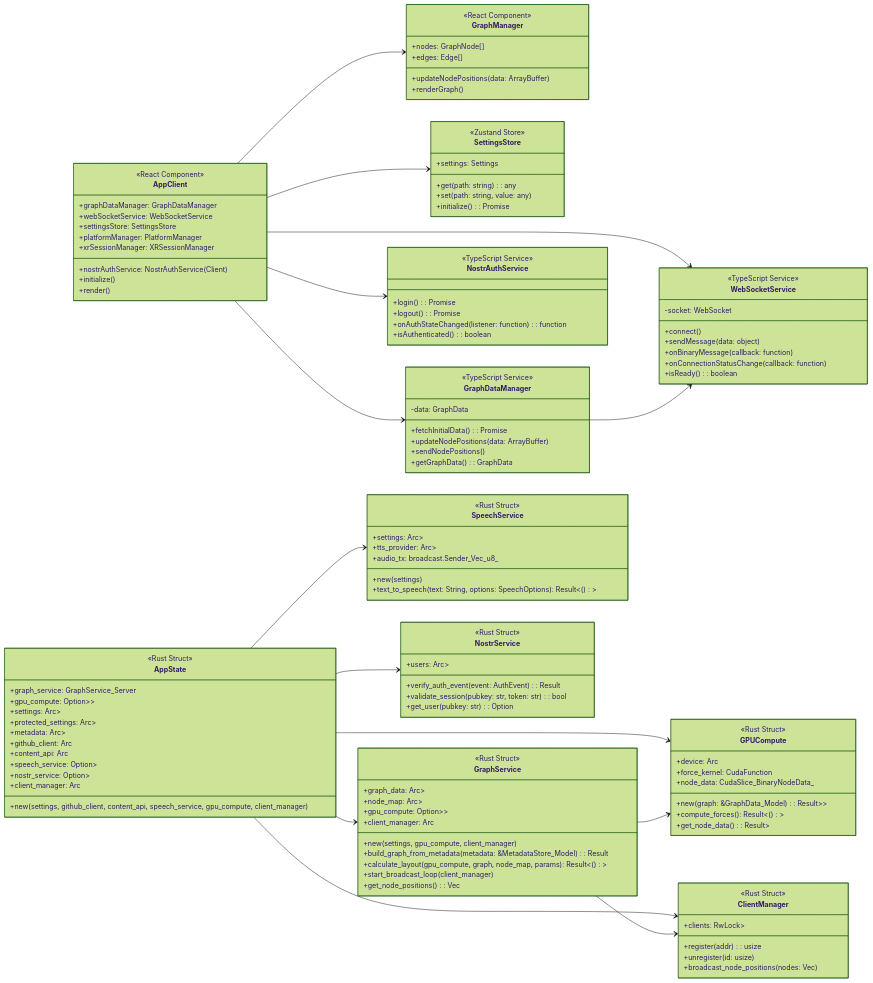
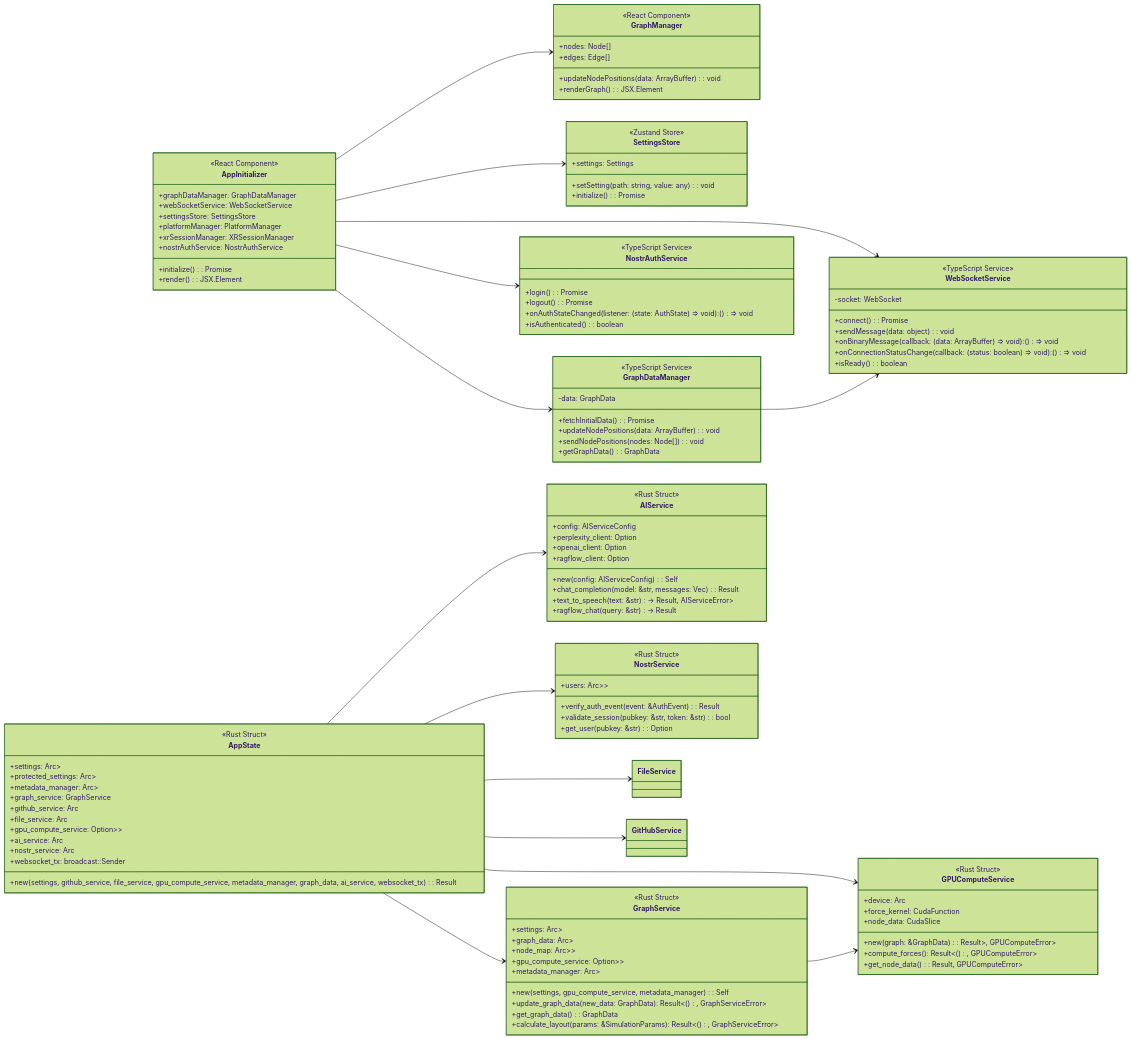
One commit to DreamLab-AI/VisionFlow changed the second of 4 diagrams in README.md. Above: the diagram before and after it, drawn with Mermaid (forest theme). The commit also changed other lines of this file and 8 other files, not shown here.

````diff
--- a/README.md
+++ b/README.md
@@ -165,136 +167,130 @@
 classDiagram
     direction LR
 
-    class AppClient {
+    class AppInitializer {
         <<React Component>>
         +graphDataManager: GraphDataManager
         +webSocketService: WebSocketService
         +settingsStore: SettingsStore
         +platformManager: PlatformManager
         +xrSessionManager: XRSessionManager
-        +nostrAuthService: NostrAuthService (Client)
-        +initialize()
-        +render()
+        +nostrAuthService: NostrAuthService
+        +initialize(): Promise<void>
+        +render(): JSX.Element
     }
 
     class GraphManager {
         <<React Component>>
-        +nodes: GraphNode[]
+        +nodes: Node[]
         +edges: Edge[]
-        +updateNodePositions(data: ArrayBuffer)
-        +renderGraph()
+        +updateNodePositions(data: ArrayBuffer): void
+        +renderGraph(): JSX.Element
     }
 
     class WebSocketService {
         <<TypeScript Service>>
         -socket: WebSocket
-        +connect()
-        +sendMessage(data: object)
-        +onBinaryMessage(callback: function)
-        +onConnectionStatusChange(callback: function)
+        +connect(): Promise<void>
+        +sendMessage(data: object): void
+        +onBinaryMessage(callback: (data: ArrayBuffer) => void): () => void
+        +onConnectionStatusChange(callback: (status: boolean) => void): () => void
         +isReady(): boolean
     }
 
     class SettingsStore {
         <<Zustand Store>>
         +settings: Settings
-        +get(path: string): any
-        +set(path: string, value: any)
-        +initialize(): Promise<Settings>
+        +setSetting(path: string, value: any): void
+        +initialize(): Promise<void>
     }
 
     class GraphDataManager {
         <<TypeScript Service>>
         -data: GraphData
         +fetchInitialData(): Promise<GraphData>
-        +updateNodePositions(data: ArrayBuffer)
-        +sendNodePositions()
+        +updateNodePositions(data: ArrayBuffer): void
+        +sendNodePositions(nodes: Node[]): void
         +getGraphData(): GraphData
     }
 
     class NostrAuthService {
         <<TypeScript Service>>
-        +login(): Promise<AuthState>
+        +login(): Promise<AuthResponse>
         +logout(): Promise<void>
-        +onAuthStateChanged(listener: function): function
+        +onAuthStateChanged(listener: (state: AuthState) => void): () => void
         +isAuthenticated(): boolean
     }
 
-    AppClient --> GraphManager
-    AppClient --> WebSocketService
-    AppClient --> SettingsStore
-    AppClient --> GraphDataManager
-    AppClient --> NostrAuthService
+    AppInitializer --> GraphManager
+    AppInitializer --> WebSocketService
+    AppInitializer --> SettingsStore
+    AppInitializer --> GraphDataManager
+    AppInitializer --> NostrAuthService
     GraphDataManager --> WebSocketService
 
     class AppState {
         <<Rust Struct>>
-        +graph_service: GraphService_Server
-        +gpu_compute: Option<Arc<RwLock<GPUCompute_Util>>>
         +settings: Arc<RwLock<AppFullSettings>>
-        +protected_settings: Arc<RwLock<ProtectedSettings_Model>>
-        +metadata: Arc<RwLock<MetadataStore_Model>>
-        +github_client: Arc<GitHubClient_Service>
-        +content_api: Arc<ContentAPI_Service>
-        +speech_service: Option<Arc<SpeechService_Server>>
-        +nostr_service: Option<web::Data<NostrService_Server>>
-        +client_manager: Arc<ClientManager_Server>
-        +new(settings, github_client, content_api, speech_service, gpu_compute, client_manager)
+        +protected_settings: Arc<RwLock<ProtectedSettings>>
+        +metadata_manager: Arc<RwLock<MetadataManager>>
+        +graph_service: GraphService
+        +github_service: Arc<GitHubService>
+        +file_service: Arc<FileService>
+        +gpu_compute_service: Option<Arc<RwLock<GPUComputeService>>>
+        +ai_service: Arc<AIService>
+        +nostr_service: Arc<NostrService>
+        +websocket_tx: broadcast::Sender<Message>
+        +new(settings, github_service, file_service, gpu_compute_service, metadata_manager, graph_data, ai_service, websocket_tx): Result<Self, Error>
     }
 
     class GraphService {
         <<Rust Struct>>
-        +graph_data: Arc<RwLock<GraphData_Model>>
-        +node_map: Arc<RwLock<HashMap_String_NodeModel_>>
-        +gpu_compute: Option<Arc<RwLock<GPUCompute_Util>>>
-        +client_manager: Arc<ClientManager_Server>
-        +new(settings, gpu_compute, client_manager)
-        +build_graph_from_metadata(metadata: &MetadataStore_Model): Result<GraphData_Model>
-        +calculate_layout(gpu_compute, graph, node_map, params): Result<()>
-        +start_broadcast_loop(client_manager)
-        +get_node_positions(): Vec<Node_Model>
+        +settings: Arc<RwLock<AppFullSettings>>
+        +graph_data: Arc<RwLock<GraphData>>
+        +node_map: Arc<RwLock<HashMap<String, Node>>>
+        +gpu_compute_service: Option<Arc<RwLock<GPUComputeService>>>
+        +metadata_manager: Arc<RwLock<MetadataManager>>
+        +new(settings, gpu_compute_service, metadata_manager): Self
+        +update_graph_data(new_data: GraphData): Result<(), GraphServiceError>
+        +get_graph_data(): GraphData
+        +calculate_layout(params: &SimulationParams): Result<(), GraphServiceError>
     }
 
-    class SpeechService {
+    class AIService {
         <<Rust Struct>>
-        +settings: Arc<RwLock<AppFullSettings>>
-        +tts_provider: Arc<RwLock<TTSProvider_Enum>>
-        +audio_tx: broadcast.Sender_Vec_u8_
-        +new(settings)
-        +text_to_speech(text: String, options: SpeechOptions): Result<()>
+        +config: AIServiceConfig
+        +perplexity_client: Option<PerplexityClient>
+        +openai_client: Option<OpenAIClient>
+        +ragflow_client: Option<RagflowClient>
+        +new(config: AIServiceConfig): Self
+        +chat_completion(model: &str, messages: Vec<ChatMessage>): Result<ChatResponse, AIServiceError>
+        +text_to_speech(text: &str) -> Result<Vec<u8>, AIServiceError>
+        +ragflow_chat(query: &str) -> Result<RagflowResponse, AIServiceError>
     }
 
     class NostrService {
         <<Rust Struct>>
-        +users: Arc<RwLock<HashMap_String_NostrUser_>>
-        +verify_auth_event(event: AuthEvent): Result<NostrUser_Model>
-        +validate_session(pubkey: str, token: str): bool
-        +get_user(pubkey: str): Option<NostrUser_Model>
+        +users: Arc<RwLock<HashMap<String, NostrUser>>>
+        +verify_auth_event(event: &AuthEvent): Result<NostrUser, NostrError>
+        +validate_session(pubkey: &str, token: &str): bool
+        +get_user(pubkey: &str): Option<NostrUser>
     }
     
-    class GPUCompute {
+    class GPUComputeService {
         <<Rust Struct>>
         +device: Arc<CudaDevice>
         +force_kernel: CudaFunction
-        +node_data: CudaSlice_BinaryNodeData_
-        +new(graph: &GraphData_Model): Result<Arc<RwLock<Self>>>
-        +compute_forces(): Result<()>
-        +get_node_data(): Result<Vec<BinaryNodeData>>
+        +node_data: CudaSlice<BinaryNodeData>
+        +new(graph: &GraphData): Result<Arc<RwLock<Self>>, GPUComputeError>
+        +compute_forces(): Result<(), GPUComputeError>
+        +get_node_data(): Result<Vec<BinaryNodeData>, GPUComputeError>
     }
     
-    class ClientManager {
-        <<Rust Struct>>
-        +clients: RwLock<HashMap_usize_Addr_SocketFlowServer_>>
-        +register(addr): usize
-        +unregister(id: usize)
-        +broadcast_node_positions(nodes: Vec<Node_Model>)
-    }
-
     AppState --> GraphService
     AppState --> NostrService
-    AppState --> SpeechService
-    AppState --> GPUCompute
-    AppState --> ClientManager
-    GraphService --> GPUCompute
-    GraphService --> ClientManager
+    AppState --> AIService
+    AppState --> GPUComputeService
+    AppState --> FileService
+    AppState --> GitHubService
+    GraphService --> GPUComputeService
 ```
````
